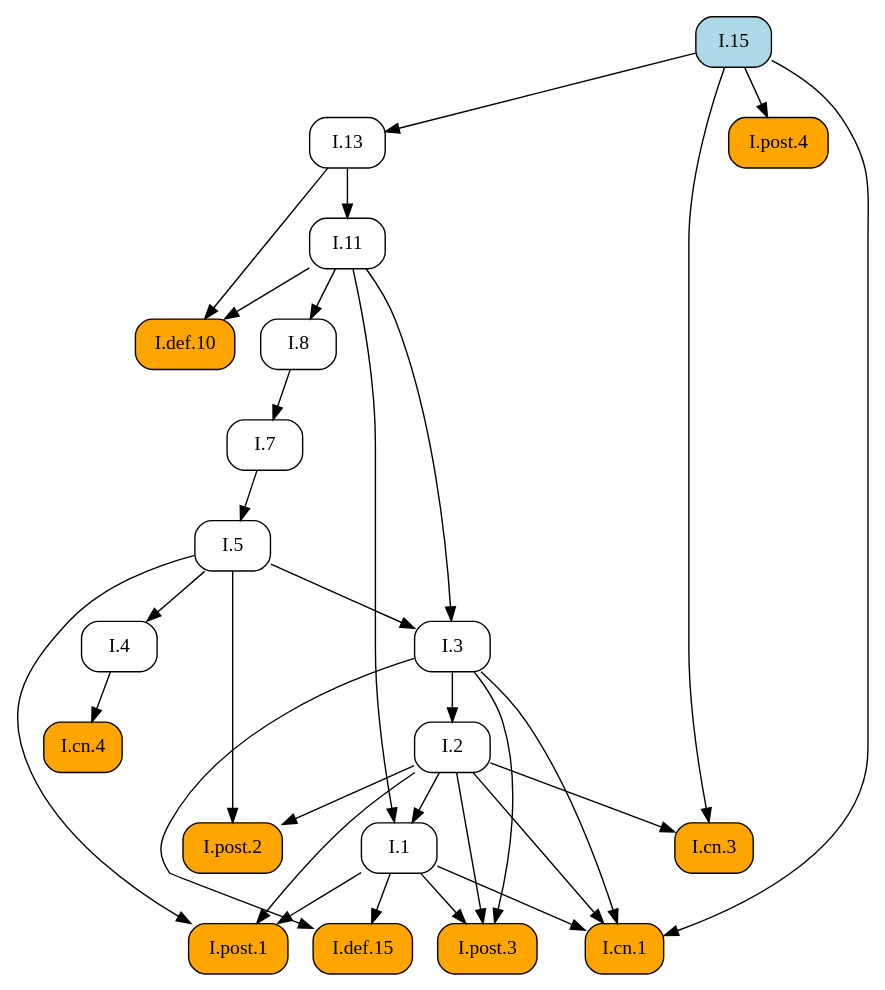
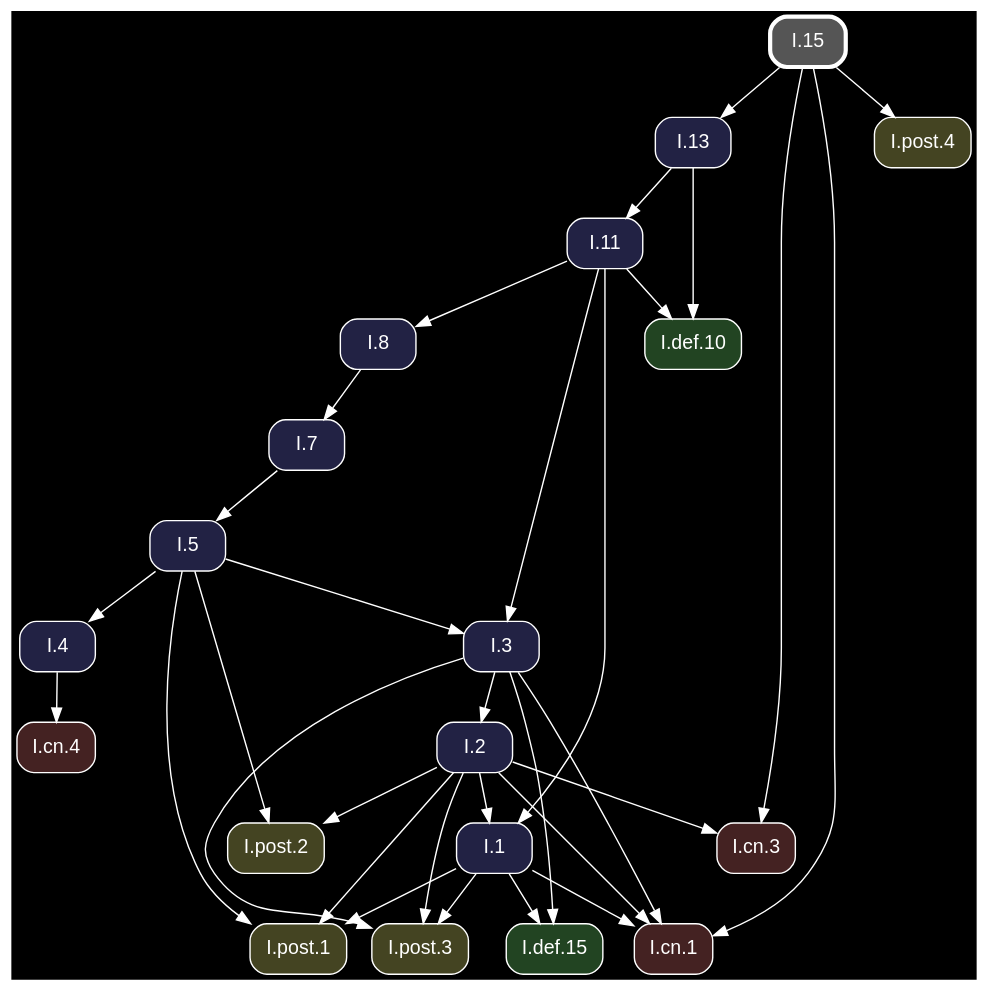
Before and after one commit to geometor/elements: the diagram in docsrc/heath/I/15/index.rst, drawn with Graphviz. The commit also changed other lines of this file and 1200 other files, not shown here.

Commit message:
update dependency graphs

```diff
--- a/docsrc/heath/I/15/index.rst
+++ b/docsrc/heath/I/15/index.rst
@@ -76,56 +76,58 @@
 .. graphviz::
 
    digraph {
+     bgcolor="black";
+     node [shape=box, style="rounded,filled", fontname="Helvetica", color="white", fontcolor="white"];
+     edge [color="white", fontcolor="white"];
      rankdir="TB";
-     node [shape=box, style=rounded];
-     "I.cn.1" [style="rounded,filled", fillcolor=orange, URL="/heath/I/cn.1/", target="_top"];
-     "I.7" [URL="/heath/I/7/", target="_top"];
-     "I.2" [URL="/heath/I/2/", target="_top"];
-     "I.def.15" [style="rounded,filled", fillcolor=orange, URL="/heath/I/def.15/", target="_top"];
-     "I.13" [URL="/heath/I/13/", target="_top"];
-     "I.post.4" [style="rounded,filled", fillcolor=orange, URL="/heath/I/post.4/", target="_top"];
-     "I.4" [URL="/heath/I/4/", target="_top"];
-     "I.1" [URL="/heath/I/1/", target="_top"];
-     "I.post.3" [style="rounded,filled", fillcolor=orange, URL="/heath/I/post.3/", target="_top"];
-     "I.post.1" [style="rounded,filled", fillcolor=orange, URL="/heath/I/post.1/", target="_top"];
-     "I.8" [URL="/heath/I/8/", target="_top"];
-     "I.5" [URL="/heath/I/5/", target="_top"];
-     "I.cn.3" [style="rounded,filled", fillcolor=orange, URL="/heath/I/cn.3/", target="_top"];
-     "I.def.10" [style="rounded,filled", fillcolor=orange, URL="/heath/I/def.10/", target="_top"];
-     "I.15" [style="rounded,filled", fillcolor=lightblue, URL="/heath/I/15/", target="_top"];
-     "I.11" [URL="/heath/I/11/", target="_top"];
-     "I.cn.4" [style="rounded,filled", fillcolor=orange, URL="/heath/I/cn.4/", target="_top"];
-     "I.post.2" [style="rounded,filled", fillcolor=orange, URL="/heath/I/post.2/", target="_top"];
-     "I.3" [URL="/heath/I/3/", target="_top"];
+     "I.3" [fillcolor="#222244", URL="/heath/I/3/", target="_top"];
+     "I.post.1" [fillcolor="#444422", URL="/heath/I/post.1/", target="_top"];
+     "I.cn.1" [fillcolor="#442222", URL="/heath/I/cn.1/", target="_top"];
+     "I.def.10" [fillcolor="#224422", URL="/heath/I/def.10/", target="_top"];
+     "I.15" [penwidth=3, color="white", fillcolor="#555555", URL="/heath/I/15/", target="_top"];
+     "I.11" [fillcolor="#222244", URL="/heath/I/11/", target="_top"];
+     "I.cn.3" [fillcolor="#442222", URL="/heath/I/cn.3/", target="_top"];
+     "I.13" [fillcolor="#222244", URL="/heath/I/13/", target="_top"];
+     "I.post.2" [fillcolor="#444422", URL="/heath/I/post.2/", target="_top"];
+     "I.2" [fillcolor="#222244", URL="/heath/I/2/", target="_top"];
+     "I.cn.4" [fillcolor="#442222", URL="/heath/I/cn.4/", target="_top"];
+     "I.1" [fillcolor="#222244", URL="/heath/I/1/", target="_top"];
+     "I.post.4" [fillcolor="#444422", URL="/heath/I/post.4/", target="_top"];
+     "I.8" [fillcolor="#222244", URL="/heath/I/8/", target="_top"];
+     "I.post.3" [fillcolor="#444422", URL="/heath/I/post.3/", target="_top"];
+     "I.4" [fillcolor="#222244", URL="/heath/I/4/", target="_top"];
+     "I.7" [fillcolor="#222244", URL="/heath/I/7/", target="_top"];
+     "I.def.15" [fillcolor="#224422", URL="/heath/I/def.15/", target="_top"];
+     "I.5" [fillcolor="#222244", URL="/heath/I/5/", target="_top"];
+     "I.5" -> "I.3";
+     "I.11" -> "I.3";
+     "I.1" -> "I.post.1";
+     "I.2" -> "I.post.1";
+     "I.5" -> "I.post.1";
      "I.1" -> "I.cn.1";
      "I.2" -> "I.cn.1";
      "I.3" -> "I.cn.1";
      "I.15" -> "I.cn.1";
-     "I.8" -> "I.7";
+     "I.11" -> "I.def.10";
+     "I.13" -> "I.def.10";
+     "I.13" -> "I.11";
+     "I.2" -> "I.cn.3";
+     "I.15" -> "I.cn.3";
+     "I.15" -> "I.13";
+     "I.2" -> "I.post.2";
+     "I.5" -> "I.post.2";
      "I.3" -> "I.2";
-     "I.1" -> "I.def.15";
-     "I.3" -> "I.def.15";
-     "I.15" -> "I.13";
-     "I.15" -> "I.post.4";
-     "I.5" -> "I.4";
+     "I.4" -> "I.cn.4";
      "I.2" -> "I.1";
      "I.11" -> "I.1";
+     "I.15" -> "I.post.4";
+     "I.11" -> "I.8";
      "I.1" -> "I.post.3";
      "I.2" -> "I.post.3";
      "I.3" -> "I.post.3";
-     "I.1" -> "I.post.1";
-     "I.2" -> "I.post.1";
-     "I.5" -> "I.post.1";
-     "I.11" -> "I.8";
+     "I.5" -> "I.4";
+     "I.8" -> "I.7";
+     "I.1" -> "I.def.15";
+     "I.3" -> "I.def.15";
      "I.7" -> "I.5";
-     "I.2" -> "I.cn.3";
-     "I.15" -> "I.cn.3";
-     "I.11" -> "I.def.10";
-     "I.13" -> "I.def.10";
-     "I.13" -> "I.11";
-     "I.4" -> "I.cn.4";
-     "I.2" -> "I.post.2";
-     "I.5" -> "I.post.2";
-     "I.5" -> "I.3";
-     "I.11" -> "I.3";
    }
```
